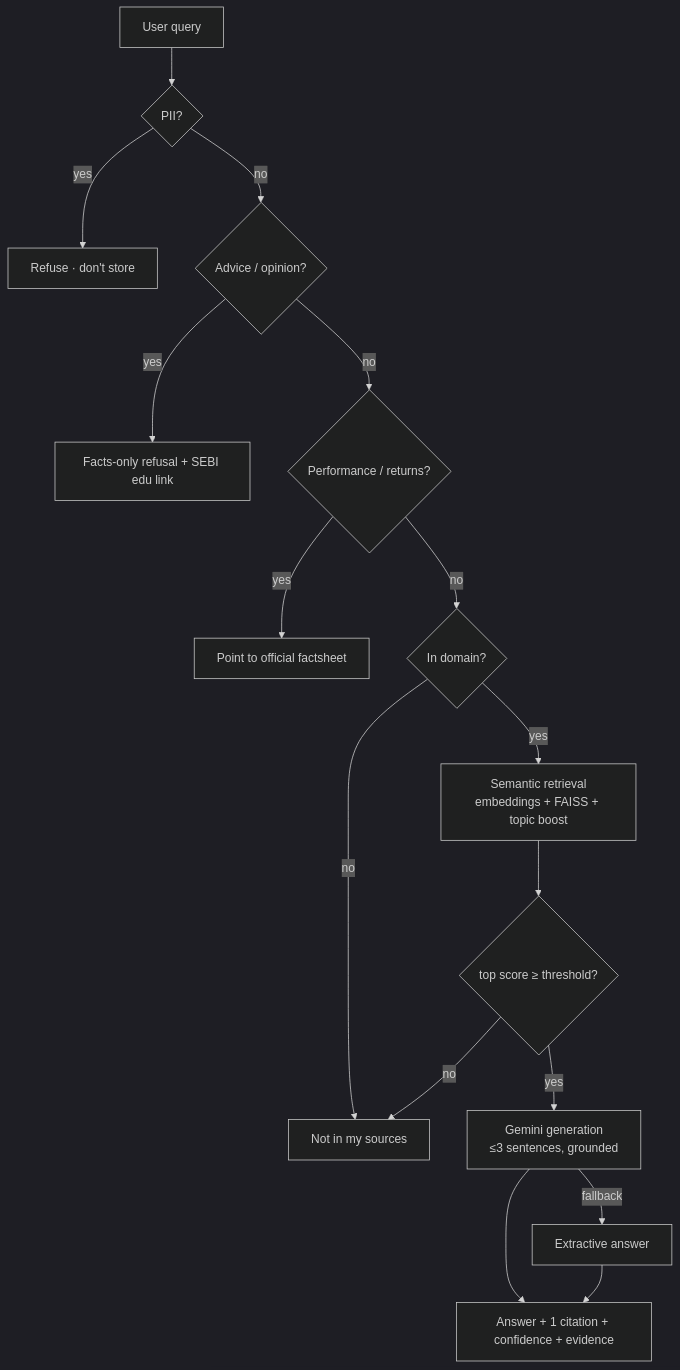
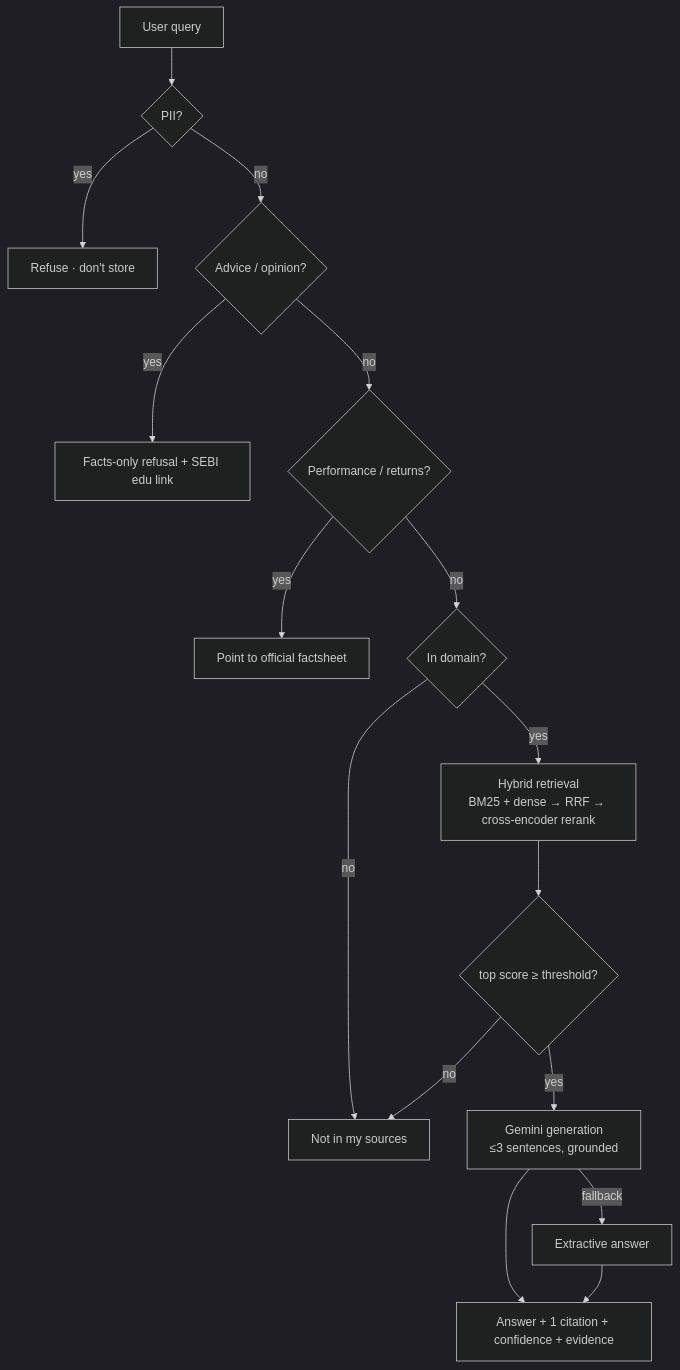
Before and after one commit to Aryan9918-SUDO/mutual-fund-assistant: the diagram in README.md, drawn with Mermaid (dark theme). The commit also changed other lines of this file and 24 other files, not shown here.

Commit message:
Add hybrid retrieval + reranking, FastAPI backend, and quality gates (ruff/mypy/coverage/pre-commit)

````diff
--- a/README.md
+++ b/README.md
@@ -54,18 +63,18 @@
 ```mermaid
 flowchart TD
     Q[User query] --> G1{PII?}
     G1 -- yes --> R1[Refuse · don't store]
     G1 -- no --> G2{Advice / opinion?}
     G2 -- yes --> R2[Facts-only refusal + SEBI edu link]
     G2 -- no --> G3{Performance / returns?}
     G3 -- yes --> R3[Point to official factsheet]
     G3 -- no --> D{In domain?}
     D -- no --> R4[Not in my sources]
-    D -- yes --> RET[Semantic retrieval<br/>embeddings + FAISS + topic boost]
+    D -- yes --> RET[Hybrid retrieval<br/>BM25 + dense → RRF → cross-encoder rerank]
     RET --> SC{top score ≥ threshold?}
     SC -- no --> R4
     SC -- yes --> GEN[Gemini generation<br/>≤3 sentences, grounded]
     GEN -- fallback --> EX[Extractive answer]
     GEN --> OUT[Answer + 1 citation + confidence + evidence]
     EX --> OUT
 ```
````
